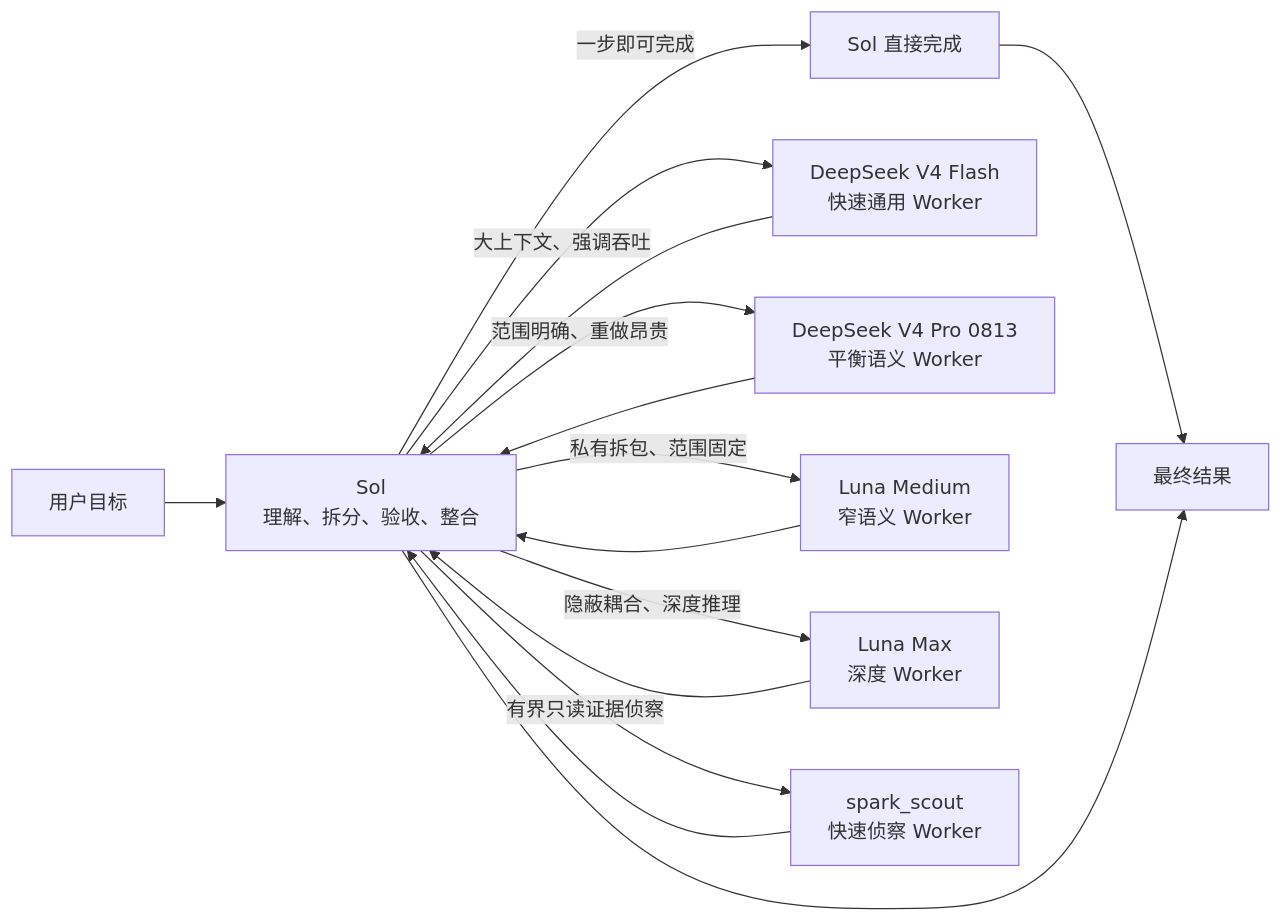
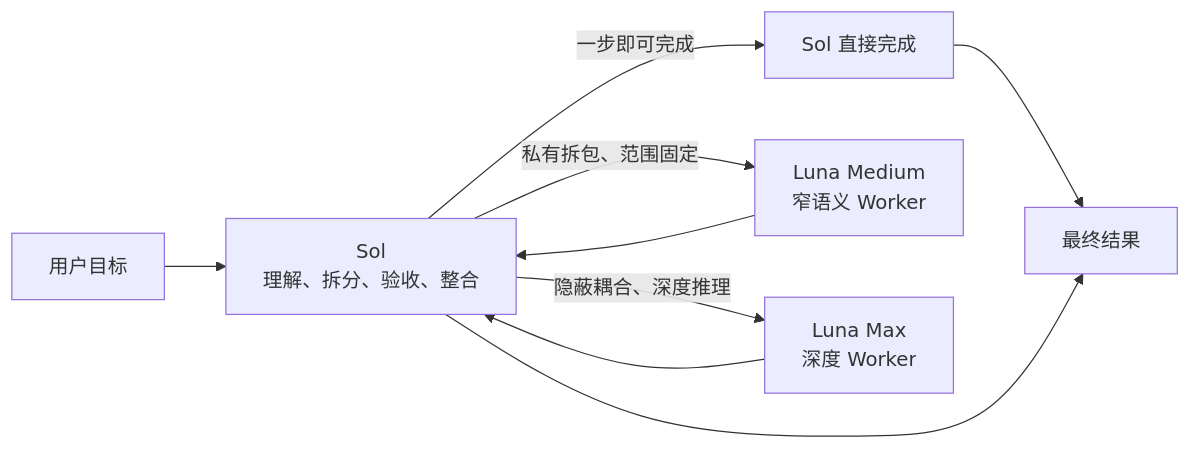
One commit to liuyejinghong/sol-worker-routing-codex changed the diagram in README.md. Above: the diagram before and after it, drawn with Mermaid. The commit also changed other lines of this file and 13 other files, not shown here.

````diff
--- a/README.md
+++ b/README.md
@@ -62,17 +44,11 @@
 ```mermaid
 flowchart LR
     U["用户目标"] --> S["Sol<br/>理解、拆分、验收、整合"]
     S -->|"一步即可完成"| D["Sol 直接完成"]
-    S -->|"大上下文、强调吞吐"| DS["DeepSeek V4 Flash<br/>快速通用 Worker"]
-    S -->|"范围明确、重做昂贵"| DP["DeepSeek V4 Pro 0813<br/>平衡语义 Worker"]
     S -->|"私有拆包、范围固定"| LM["Luna Medium<br/>窄语义 Worker"]
     S -->|"隐蔽耦合、深度推理"| L["Luna Max<br/>深度 Worker"]
-    S -->|"有界只读证据侦察"| SS["spark_scout<br/>快速侦察 Worker"]
     D --> O["最终结果"]
-    DS --> S
-    DP --> S
     LM --> S
     L --> S
-    SS --> S
     S --> O
 ```
````
